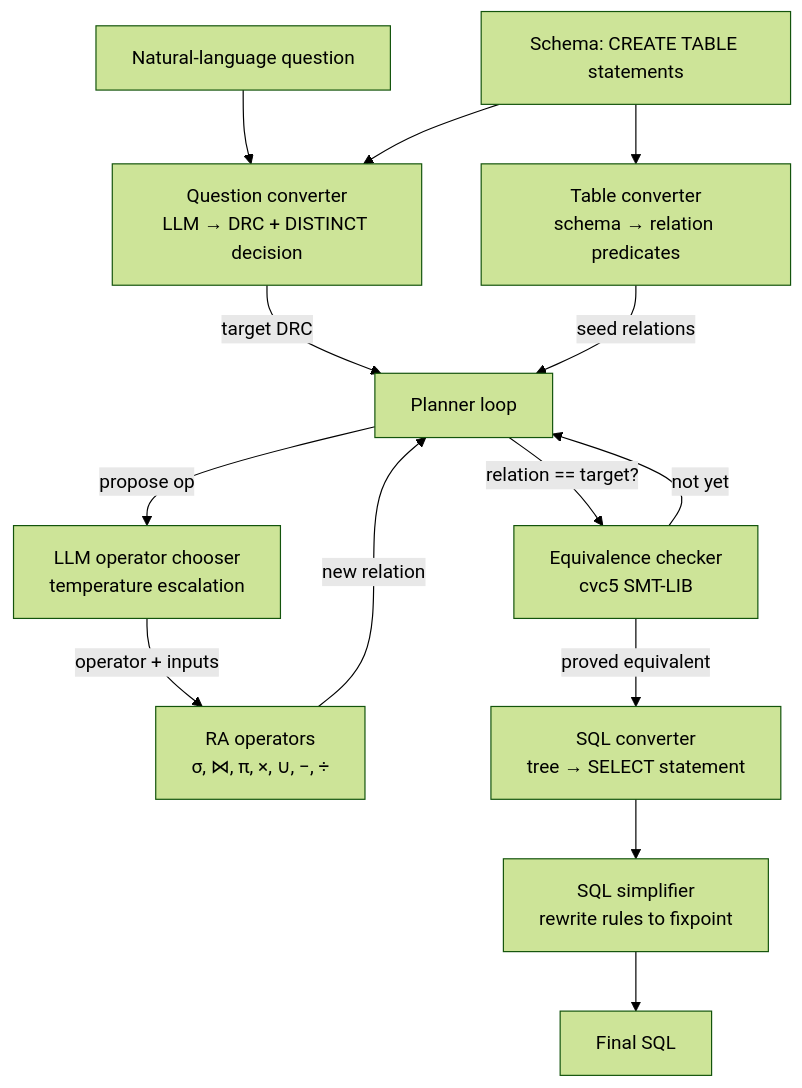
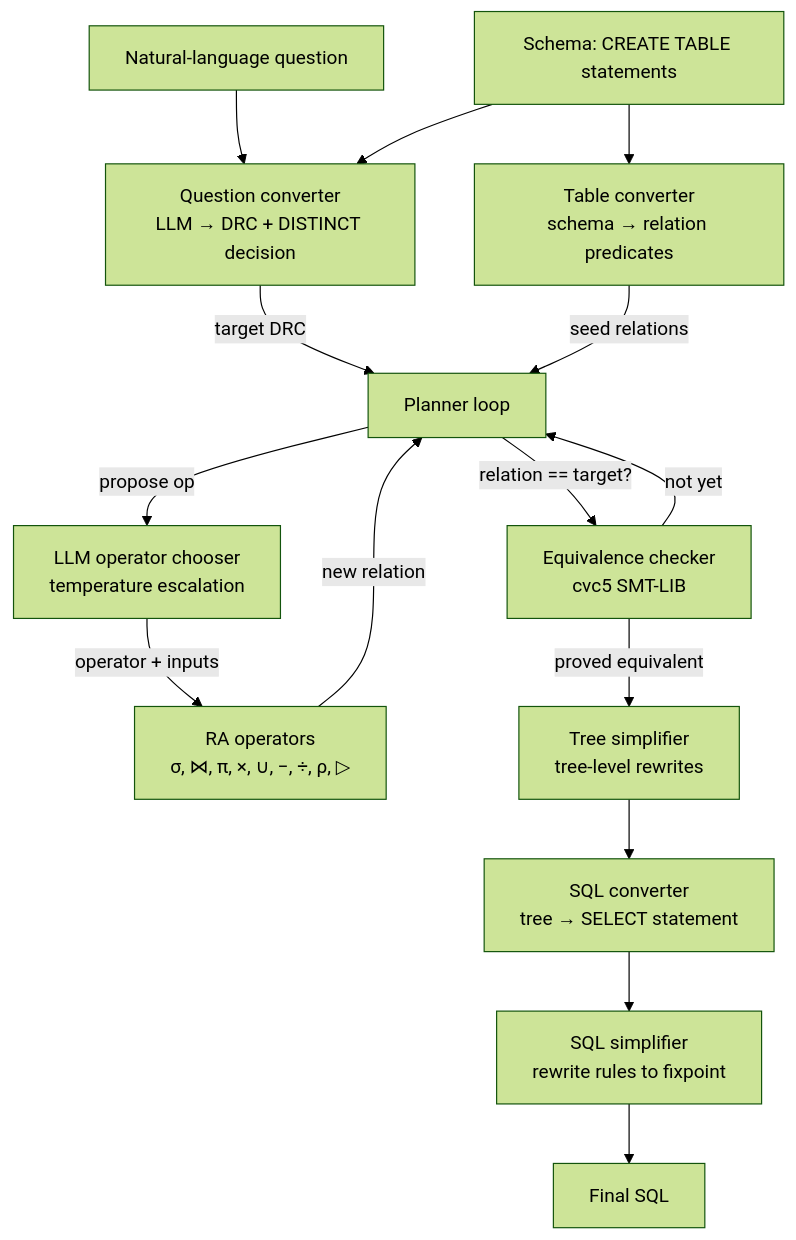
The diagram in README.md (aws-samples/sample-neurosymbolic-text-to-SQL-with-symbolic-planner), drawn with Mermaid (forest theme) before and after one commit. The commit also changed other lines of this file and 16 other files, not shown here.

````diff
--- a/README.md
+++ b/README.md
@@ -148,31 +157,33 @@
 ```mermaid
 flowchart TD
     Q[Natural-language question]
     S[Schema: CREATE TABLE statements]
 
     QC[Question converter<br/>LLM → DRC + DISTINCT decision]
     TC[Table converter<br/>schema → relation predicates]
 
     P[Planner loop]
     LLM[LLM operator chooser<br/>temperature escalation]
-    OPS[RA operators<br/>σ, ⋈, π, ×, ∪, −, ÷]
+    OPS[RA operators<br/>σ, ⋈, π, ×, ∪, −, ÷, ρ, ▷]
     EQ[Equivalence checker<br/>cvc5 SMT-LIB]
 
+    TREE[Tree simplifier<br/>tree-level rewrites]
     SQL[SQL converter<br/>tree → SELECT statement]
     SIMP[SQL simplifier<br/>rewrite rules to fixpoint]
 
     OUT[Final SQL]
 
     Q --> QC
     S --> TC
     S --> QC
     QC -->|target DRC| P
     TC -->|seed relations| P
     P -->|propose op| LLM
     LLM -->|operator + inputs| OPS
     OPS -->|new relation| P
     P -->|relation == target?| EQ
     EQ -- not yet --> P
-    EQ -- proved equivalent --> SQL
+    EQ -- proved equivalent --> TREE
+    TREE --> SQL
     SQL --> SIMP --> OUT
 ```
````
